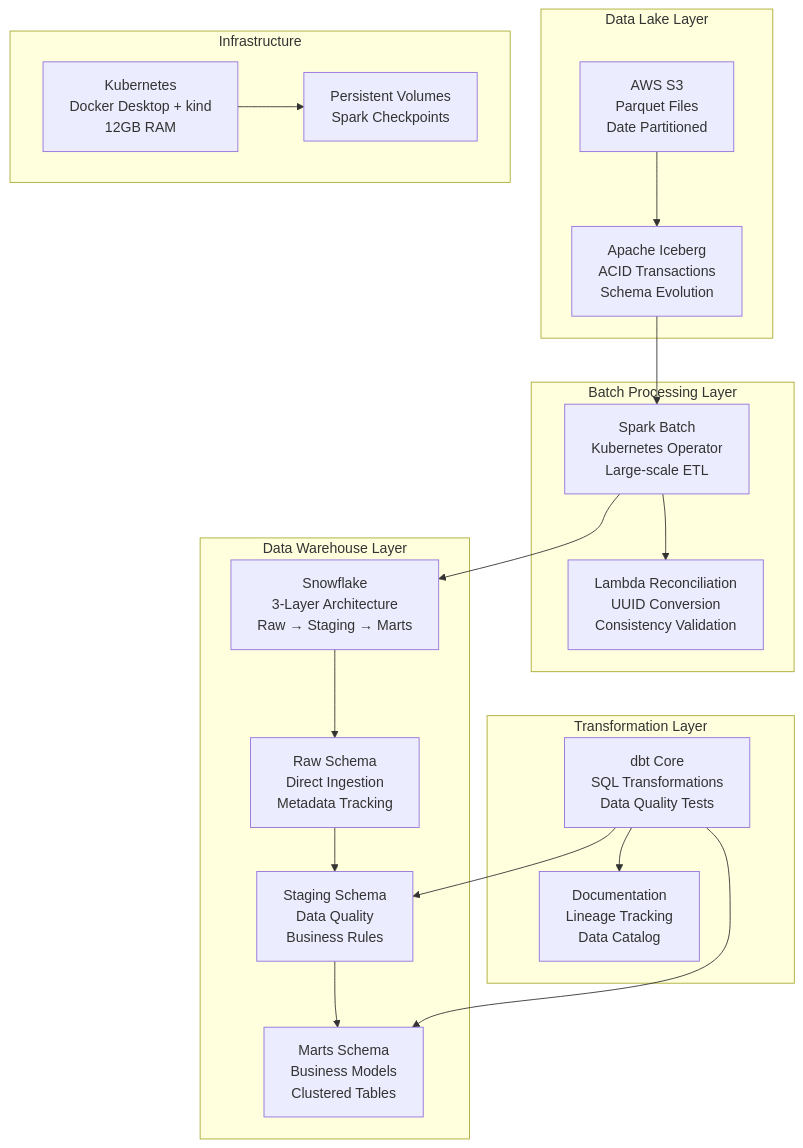
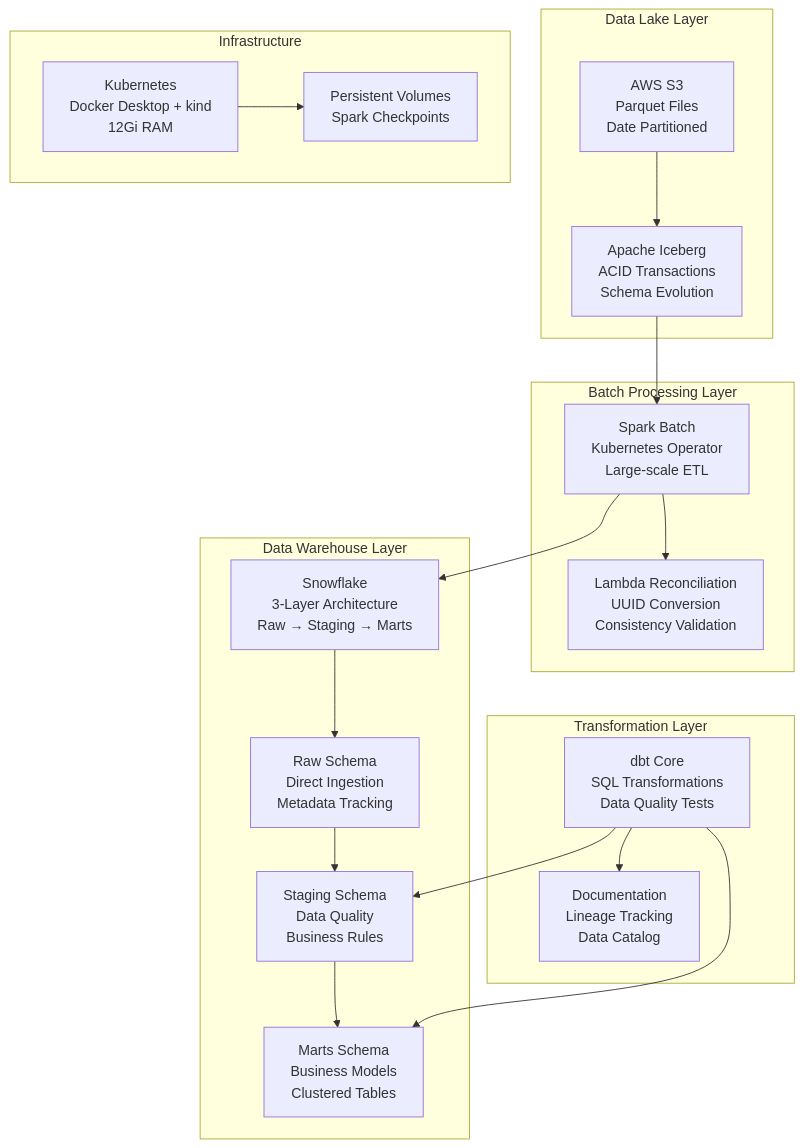
Before and after one commit to mohidmakhdoomi/DataPipe: the diagram in .kiro/specs/batch-analytics-layer/design.md, drawn with Mermaid. The commit also changed other lines of this file and 11 other files, not shown here.

````diff
--- a/.kiro/specs/batch-analytics-layer/design.md
+++ b/.kiro/specs/batch-analytics-layer/design.md
@@ -18,42 +18,42 @@
 ```mermaid
 graph TB
     subgraph "Data Lake Layer"
         S3[AWS S3<br/>Parquet Files<br/>Date Partitioned]
         ICE[Apache Iceberg<br/>ACID Transactions<br/>Schema Evolution]
     end
     
     subgraph "Batch Processing Layer"
         SPARK[Spark Batch<br/>Kubernetes Operator<br/>Large-scale ETL]
         RECON[Lambda Reconciliation<br/>UUID Conversion<br/>Consistency Validation]
     end
     
     subgraph "Data Warehouse Layer"
         SF[Snowflake<br/>3-Layer Architecture<br/>Raw → Staging → Marts]
         RAW[Raw Schema<br/>Direct Ingestion<br/>Metadata Tracking]
         STAGE[Staging Schema<br/>Data Quality<br/>Business Rules]
         MARTS[Marts Schema<br/>Business Models<br/>Clustered Tables]
     end
     
     subgraph "Transformation Layer"
         DBT[dbt Core<br/>SQL Transformations<br/>Data Quality Tests]
         DOCS[Documentation<br/>Lineage Tracking<br/>Data Catalog]
     end
     
     subgraph "Infrastructure"
-        K8S[Kubernetes<br/>Docker Desktop + kind<br/>12GB RAM]
+        K8S[Kubernetes<br/>Docker Desktop + kind<br/>12Gi RAM]
         PV[Persistent Volumes<br/>Spark Checkpoints]
     end
     
     S3 --> ICE
     ICE --> SPARK
     SPARK --> SF
     SPARK --> RECON
     SF --> RAW
     RAW --> STAGE
     STAGE --> MARTS
     DBT --> STAGE
     DBT --> MARTS
     DBT --> DOCS
     
     K8S --> PV
 ```
````
